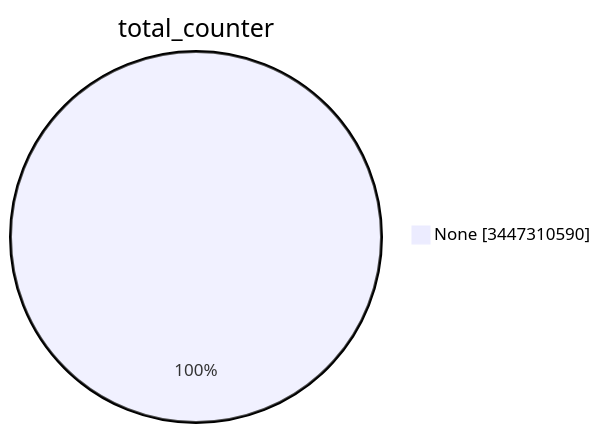
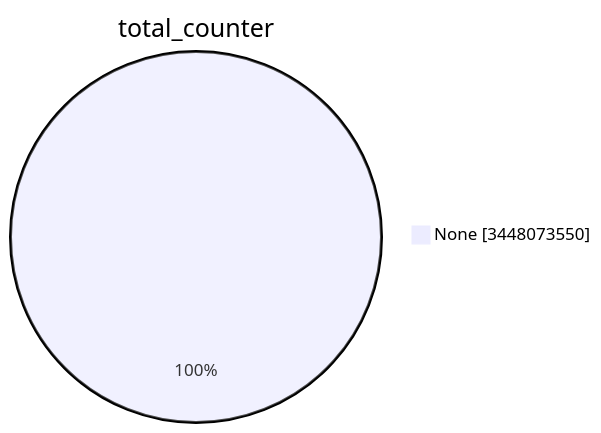
The first of 15 diagrams in TOTAL/README.md (christiankrug/ctmonitor_visualization), drawn with Mermaid before and after one commit. The commit also changed other lines of this file, not shown here.

````diff
--- a/TOTAL/README.md
+++ b/TOTAL/README.md
@@ -1,5 +1,5 @@
 ```mermaid
 pie showData
 title total_counter
-"None" :3447310590
+"None" :3448073550
 ```
````
